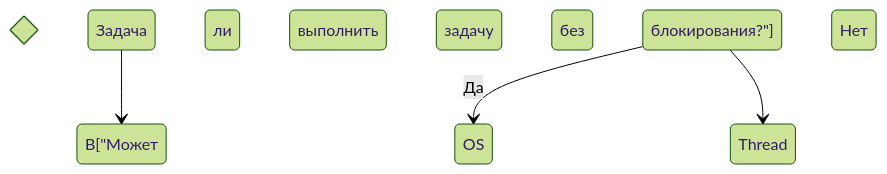
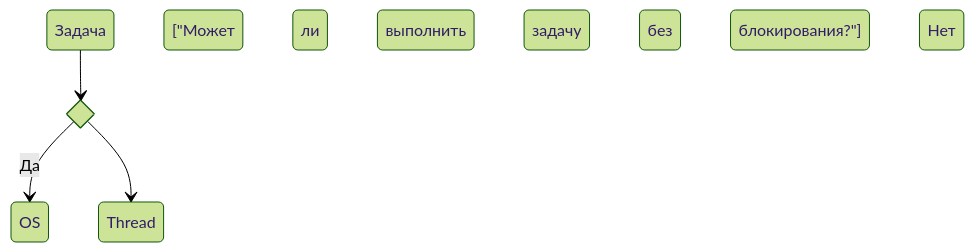
The diagram in Udemy/Node.js/README.md (zohidulla/training-skills), drawn with Mermaid (forest theme) before and after one commit.

Commit message:
Event Loop

````diff
--- a/Udemy/Node.js/README.md
+++ b/Udemy/Node.js/README.md
@@ -224,7 +224,7 @@
 ```mermaid
 stateDiagram-v2
   state if_state <<choice>>
-  Задача --> B["Может ли OS выполнить задачу без блокирования?"]
-  B["Может ли OS выполнить задачу без блокирования?"] --> OS: Да
-  B["Может ли OS выполнить задачу без блокирования?"] --> Thread Pool: Нет
+  Задача --> if_state ["Может ли OS выполнить задачу без блокирования?"]
+  if_state --> OS: Да
+  if_state --> Thread Pool: Нет
 ```
````
